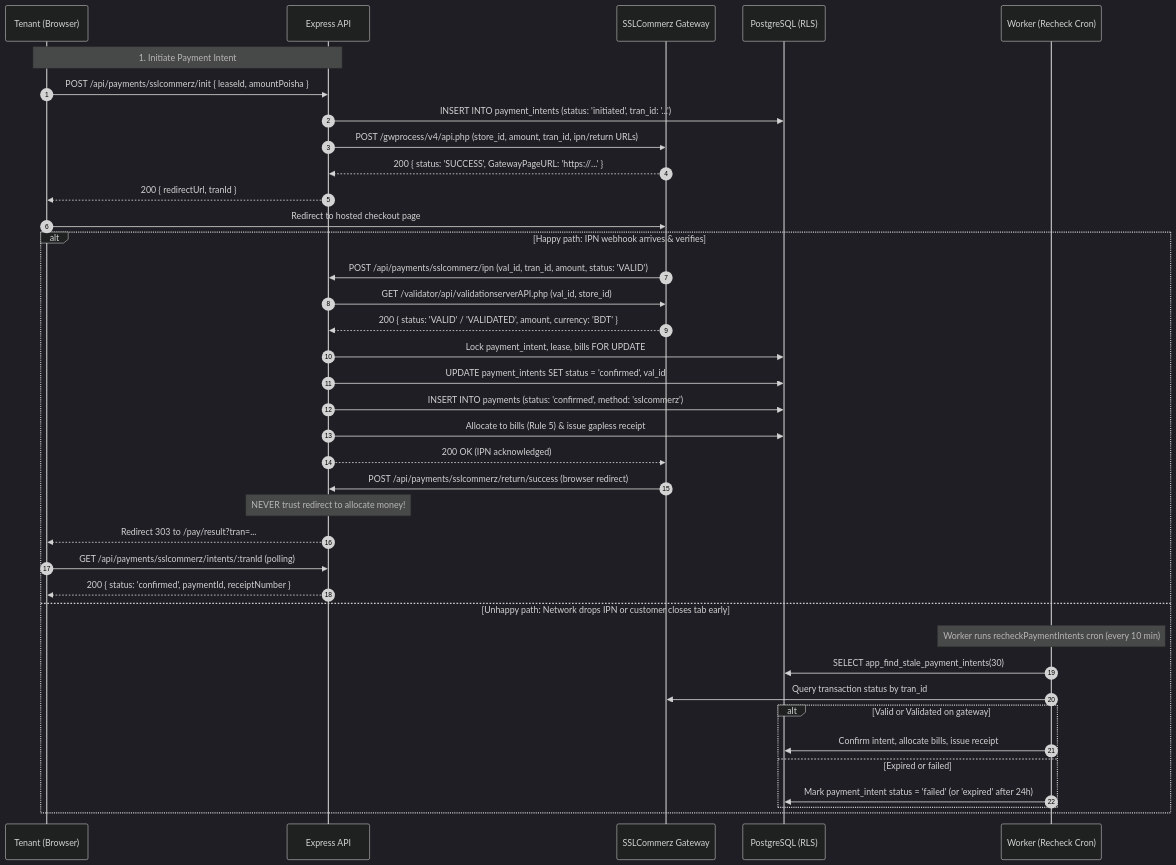
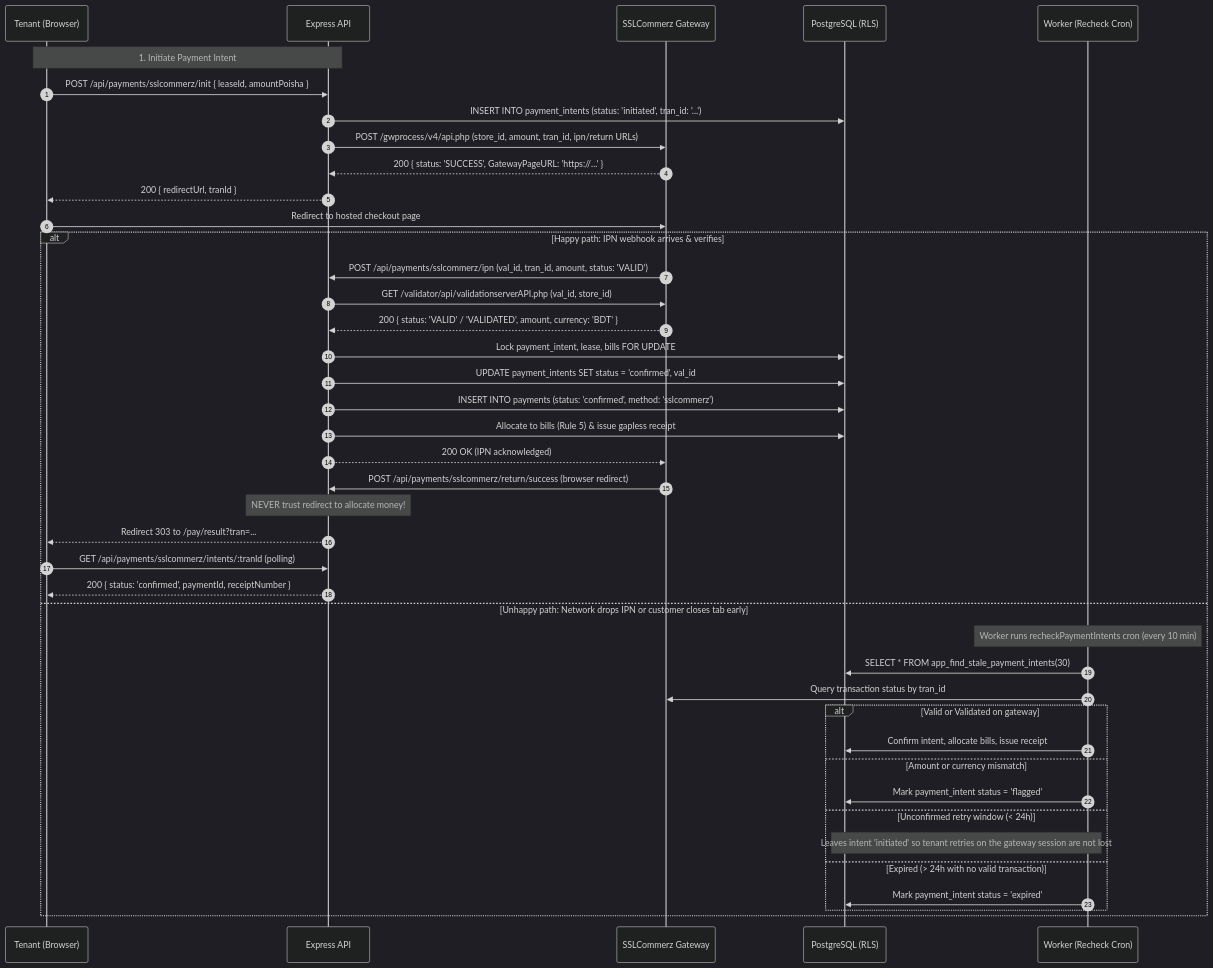
Before and after one commit to RHRONY05/BasaManager: the third of 3 diagrams in docs/features/payments.md, drawn with Mermaid (dark theme). The commit also changed other lines of this file and 33 other files, not shown here.

````diff
--- a/docs/features/payments.md
+++ b/docs/features/payments.md
@@ -163,43 +163,47 @@
 ```mermaid
 sequenceDiagram
   autonumber
   participant T as Tenant (Browser)
   participant API as Express API
   participant GW as SSLCommerz Gateway
   participant DB as PostgreSQL (RLS)
   participant W as Worker (Recheck Cron)
 
   Note over T,API: 1. Initiate Payment Intent
   T->>API: POST /api/payments/sslcommerz/init { leaseId, amountPoisha }
   API->>DB: INSERT INTO payment_intents (status: 'initiated', tran_id: '...')
   API->>GW: POST /gwprocess/v4/api.php (store_id, amount, tran_id, ipn/return URLs)
   GW-->>API: 200 { status: 'SUCCESS', GatewayPageURL: 'https://...' }
   API-->>T: 200 { redirectUrl, tranId }
   T->>GW: Redirect to hosted checkout page
 
   alt Happy path: IPN webhook arrives & verifies
     GW->>API: POST /api/payments/sslcommerz/ipn (val_id, tran_id, amount, status: 'VALID')
     API->>GW: GET /validator/api/validationserverAPI.php (val_id, store_id)
     GW-->>API: 200 { status: 'VALID' / 'VALIDATED', amount, currency: 'BDT' }
     API->>DB: Lock payment_intent, lease, bills FOR UPDATE
     API->>DB: UPDATE payment_intents SET status = 'confirmed', val_id
     API->>DB: INSERT INTO payments (status: 'confirmed', method: 'sslcommerz')
     API->>DB: Allocate to bills (Rule 5) & issue gapless receipt
     API-->>GW: 200 OK (IPN acknowledged)
 
     GW->>API: POST /api/payments/sslcommerz/return/success (browser redirect)
     Note over API: NEVER trust redirect to allocate money!
     API-->>T: Redirect 303 to /pay/result?tran=...
     T->>API: GET /api/payments/sslcommerz/intents/:tranId (polling)
     API-->>T: 200 { status: 'confirmed', paymentId, receiptNumber }
   else Unhappy path: Network drops IPN or customer closes tab early
     Note over W: Worker runs recheckPaymentIntents cron (every 10 min)
-    W->>DB: SELECT app_find_stale_payment_intents(30)
+    W->>DB: SELECT * FROM app_find_stale_payment_intents(30)
     W->>GW: Query transaction status by tran_id
     alt Valid or Validated on gateway
       W->>DB: Confirm intent, allocate bills, issue receipt
-    else Expired or failed
-      W->>DB: Mark payment_intent status = 'failed' (or 'expired' after 24h)
+    else Amount or currency mismatch
+      W->>DB: Mark payment_intent status = 'flagged'
+    else Unconfirmed retry window (< 24h)
+      Note over W,DB: Leaves intent 'initiated' so tenant retries on the gateway session are not lost
+    else Expired (> 24h with no valid transaction)
+      W->>DB: Mark payment_intent status = 'expired'
     end
   end
 ```
````
